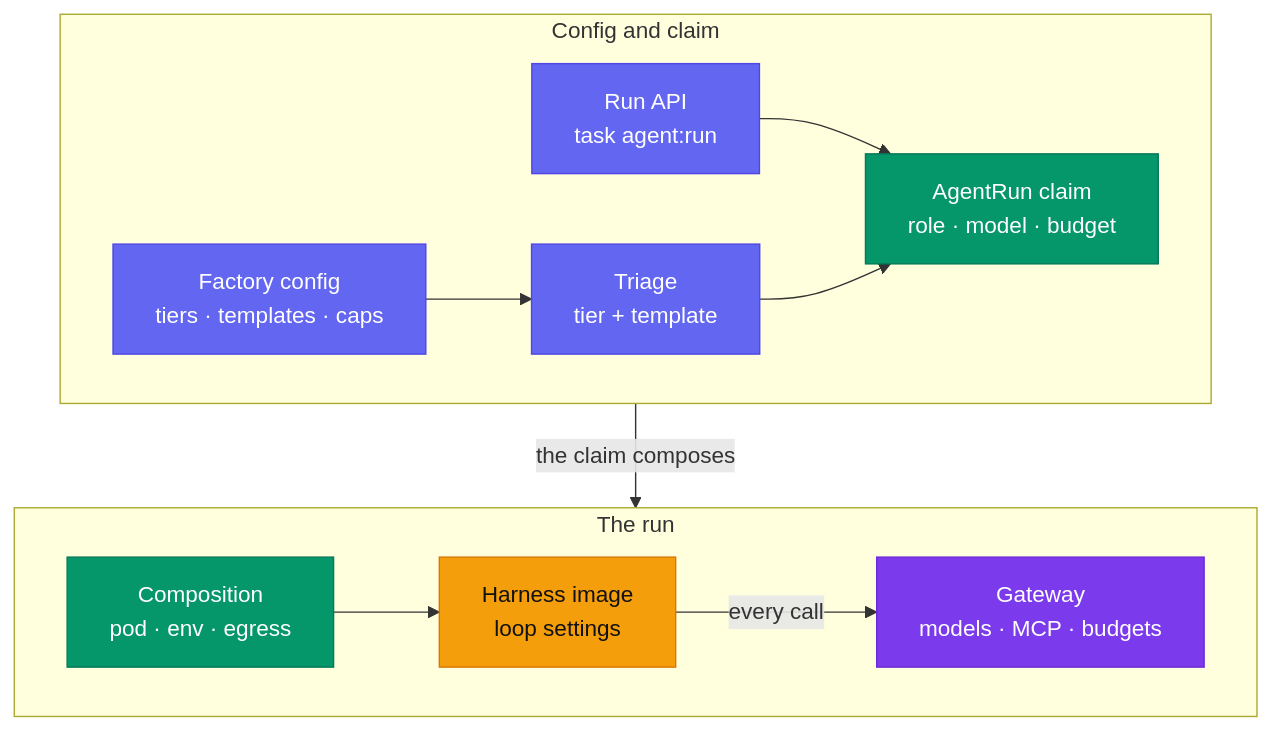
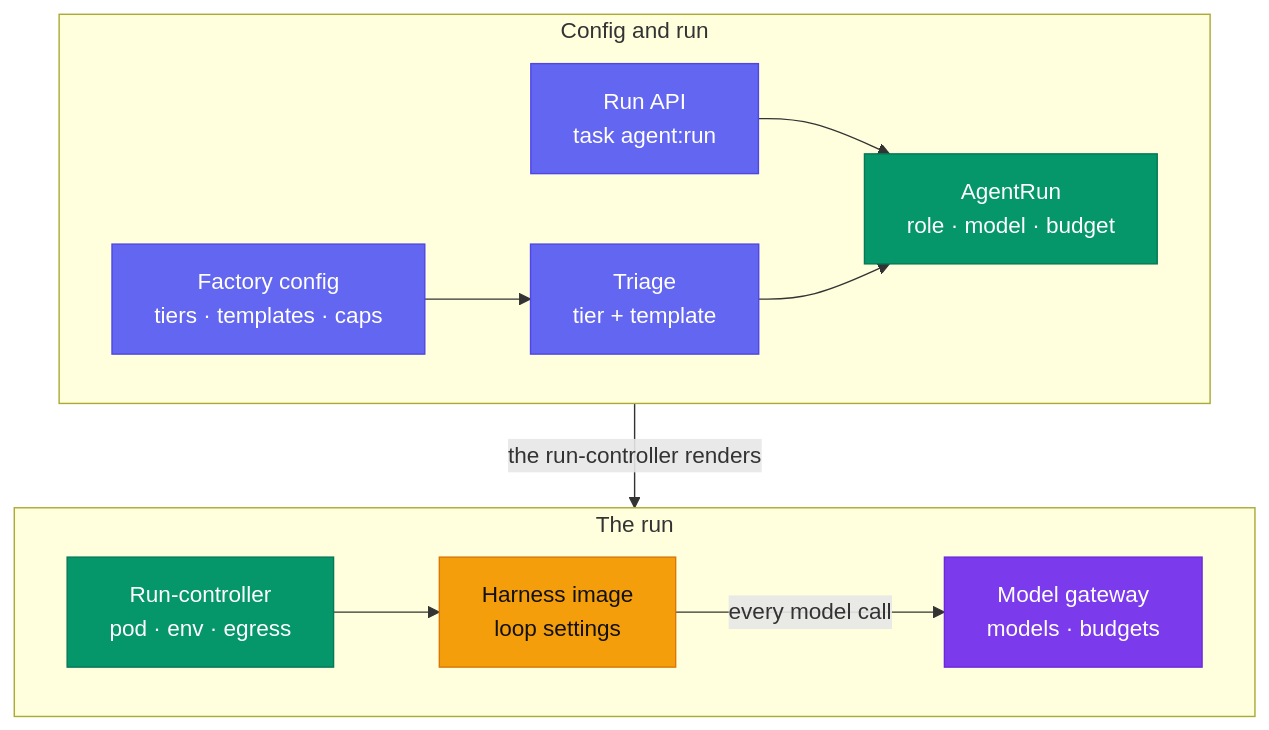
Before and after one commit to Smana/ai-native-ref: the second of 4 diagrams in website/content/docs/operate/tune-a-run.md, drawn with Mermaid. The commit also changed other lines of this file and 35 other files, not shown here.

First line of the commit message:
docs: bring the site and runbooks in line with the run-controller (R3) (#389)

````diff
--- a/website/content/docs/operate/tune-a-run.md
+++ b/website/content/docs/operate/tune-a-run.md
@@ -94,19 +94,19 @@
 ```mermaid
 flowchart TB
-  subgraph decide["Config and claim"]
+  subgraph decide["Config and run"]
     direction LR
     F["Factory config<br/>tiers · templates · caps"]:::cfg --> T["Triage<br/>tier + template"]:::cfg
     API["Run API<br/>task agent:run"]:::cfg --> C
-    T --> C["AgentRun claim<br/>role · model · budget"]:::claim
+    T --> C["AgentRun<br/>role · model · budget"]:::claim
   end
   subgraph run["The run"]
     direction LR
-    K["Composition<br/>pod · env · egress"]:::claim --> H["Harness image<br/>loop settings"]:::run
-    H -- every call --> G["Gateway<br/>models · MCP · budgets"]:::gw
+    K["Run-controller<br/>pod · env · egress"]:::claim --> H["Harness image<br/>loop settings"]:::run
+    H -- every model call --> G["Model gateway<br/>models · budgets"]:::gw
   end
-  decide -->|"the claim composes"| run
+  decide -->|"the run-controller renders"| run
   classDef cfg fill:#6366f1,stroke:#4f46e5,color:#fff
   classDef claim fill:#059669,stroke:#047857,color:#fff
   classDef run fill:#f59e0b,stroke:#d97706,color:#111
   classDef gw fill:#7c3aed,stroke:#6d28d9,color:#fff
 ```
````
